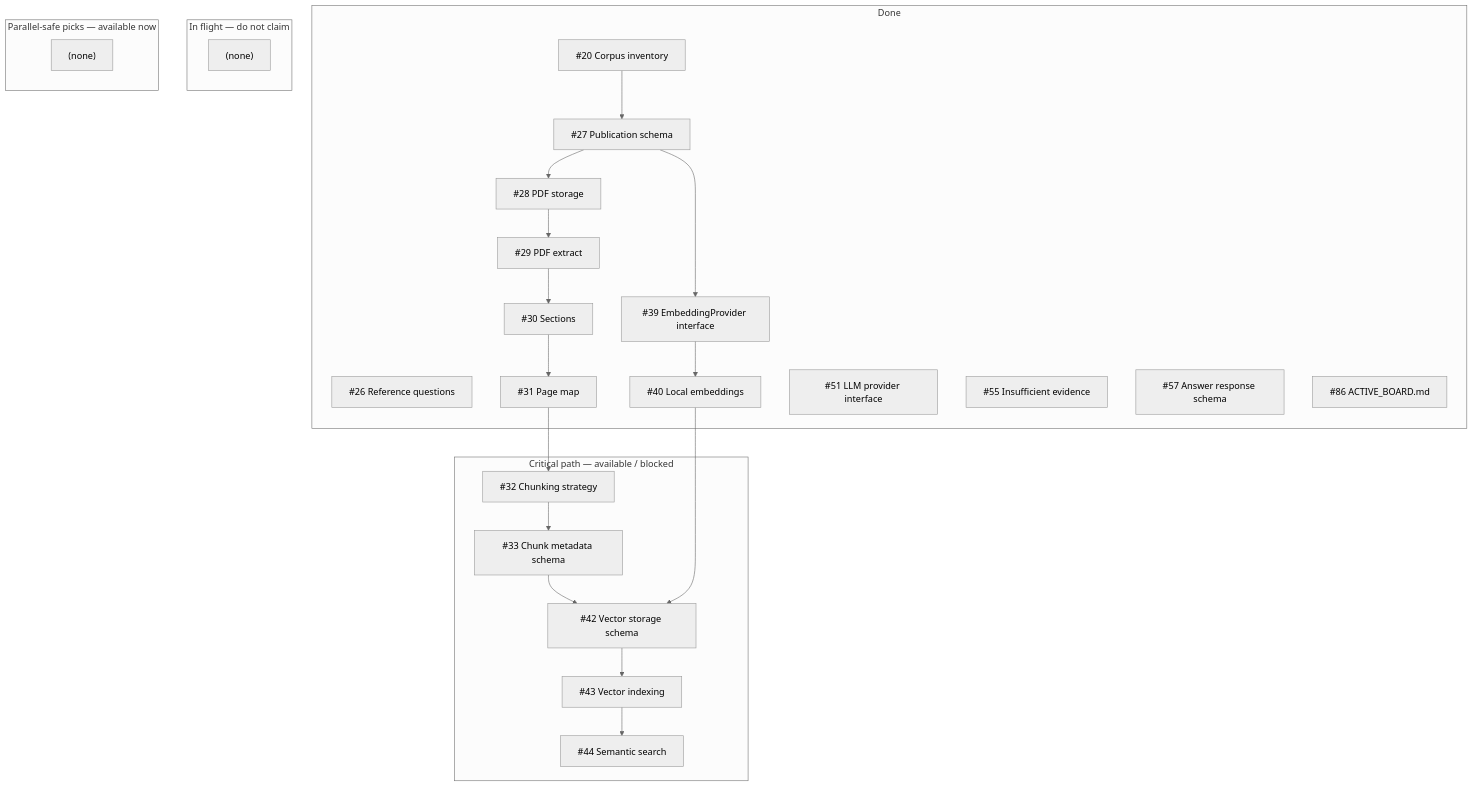
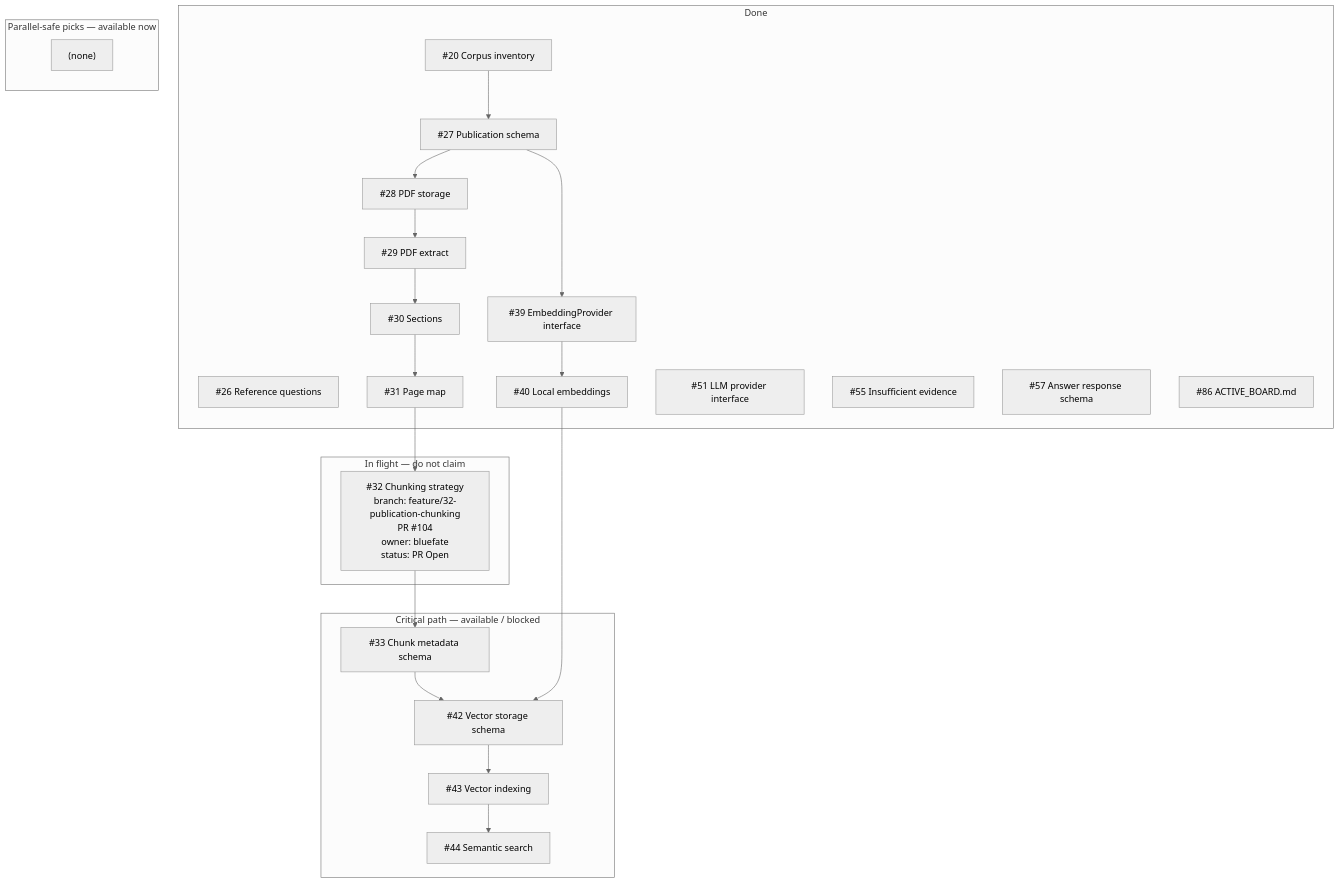
One commit to bluefate/spacebio-evidence-engine changed the diagram in docs/development/ACTIVE_BOARD.md. Above: the diagram before and after it, drawn with Mermaid (neutral theme). The commit also changed other lines of this file and 2 other files, not shown here.

Commit message:
docs: clarify pytest and Ruff workflow (#10, #11)

````diff
--- a/docs/development/ACTIVE_BOARD.md
+++ b/docs/development/ACTIVE_BOARD.md
@@ -62,44 +62,43 @@
 ```mermaid
 flowchart TB
   subgraph done [Done]
     i20["#20 Corpus inventory"]
     i26["#26 Reference questions"]
     i27["#27 Publication schema"]
     i28["#28 PDF storage"]
     i29["#29 PDF extract"]
     i30["#30 Sections"]
     i31["#31 Page map"]
     i39["#39 EmbeddingProvider interface"]
     i40["#40 Local embeddings"]
     i51["#51 LLM provider interface"]
     i55["#55 Insufficient evidence"]
     i57["#57 Answer response schema"]
     i86["#86 ACTIVE_BOARD.md"]
   end
   subgraph inflight [In flight — do not claim]
-    inflight_empty["(none)"]
+    i32["#32 Chunking strategy<br/>branch: feature/32-publication-chunking<br/>PR #104<br/>owner: bluefate<br/>status: PR Open"]
   end
   subgraph nextCritical [Critical path — available / blocked]
-    i32["#32 Chunking strategy"]
     i33["#33 Chunk metadata schema"]
     i42["#42 Vector storage schema"]
     i43["#43 Vector indexing"]
     i44["#44 Semantic search"]
   end
   subgraph nextParallel [Parallel-safe picks — available now]
     nextParallel_empty["(none)"]
   end
   i20 --> i27
   i27 --> i28
   i28 --> i29
   i29 --> i30
   i30 --> i31
   i31 --> i32
   i32 --> i33
   i33 --> i42
   i27 --> i39
   i39 --> i40
   i40 --> i42
   i42 --> i43
   i43 --> i44
 ```
````
